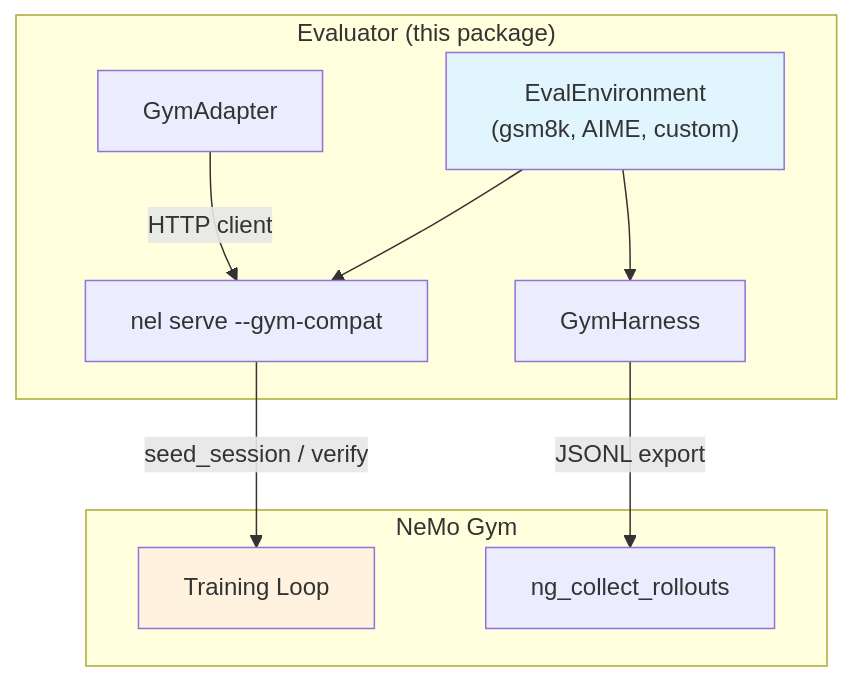
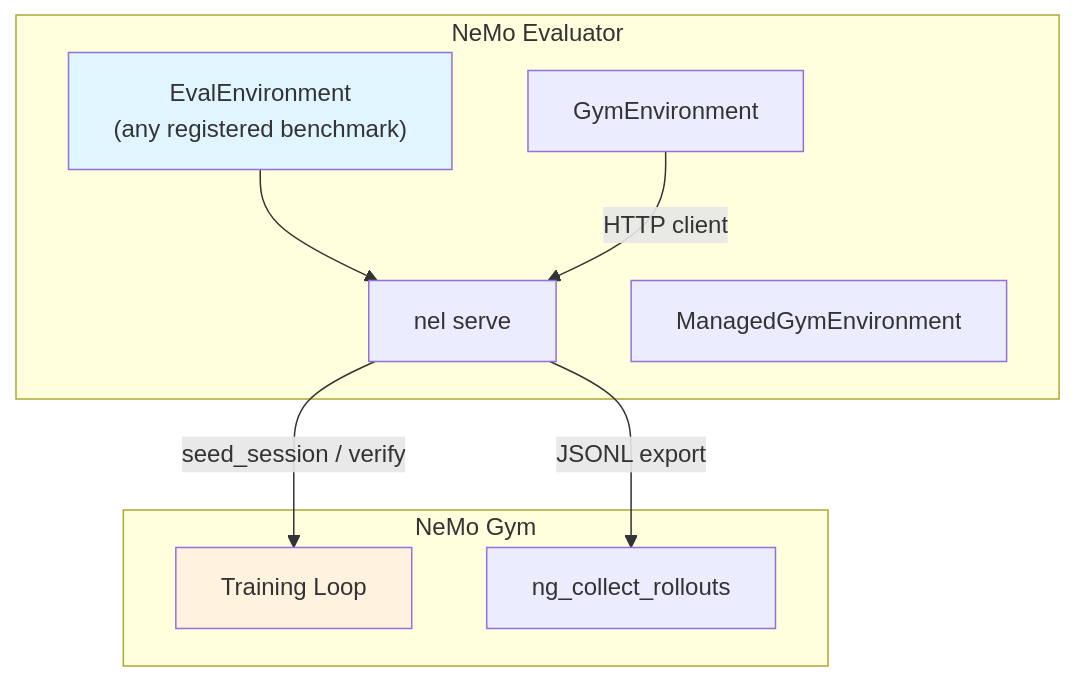
One commit to NVIDIA-NeMo/Evaluator changed the first of 2 diagrams in docs/tutorials/gym-integration.md. Above: the diagram before and after it, drawn with Mermaid. The commit also changed other lines of this file and 13 other files, not shown here.

````diff
--- a/docs/tutorials/gym-integration.md
+++ b/docs/tutorials/gym-integration.md
@@ -7,23 +7,22 @@
 ```{mermaid}
 flowchart TB
-    subgraph "Evaluator (this package)"
-        ENV["EvalEnvironment<br/>(gsm8k, AIME, custom)"]
-        SERVE["nel serve --gym-compat"]
-        HARNESS["GymHarness"]
-        ADAPTER["GymAdapter"]
+    subgraph "NeMo Evaluator"
+        ENV["EvalEnvironment<br/>(any registered benchmark)"]
+        SERVE["nel serve"]
+        GYMENV["GymEnvironment"]
+        MANAGED["ManagedGymEnvironment"]
     end
 
     subgraph "NeMo Gym"
         TRAIN["Training Loop"]
         COLLECT["ng_collect_rollouts"]
     end
 
     ENV --> SERVE
-    ENV --> HARNESS
     SERVE -->|"seed_session / verify"| TRAIN
-    HARNESS -->|"JSONL export"| COLLECT
-    ADAPTER -->|"HTTP client"| SERVE
+    SERVE -->|"JSONL export"| COLLECT
+    GYMENV -->|"HTTP client"| SERVE
 
     style ENV fill:#e1f5fe
     style TRAIN fill:#fff3e0
 ```
````
